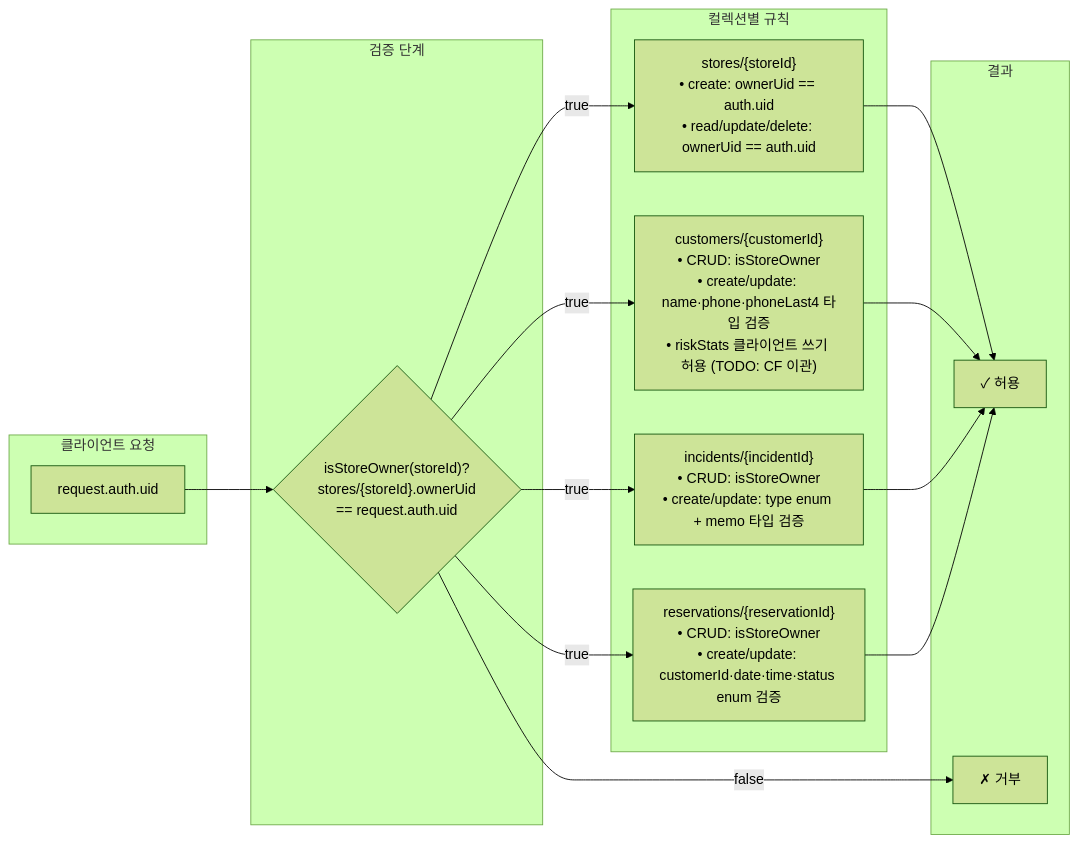
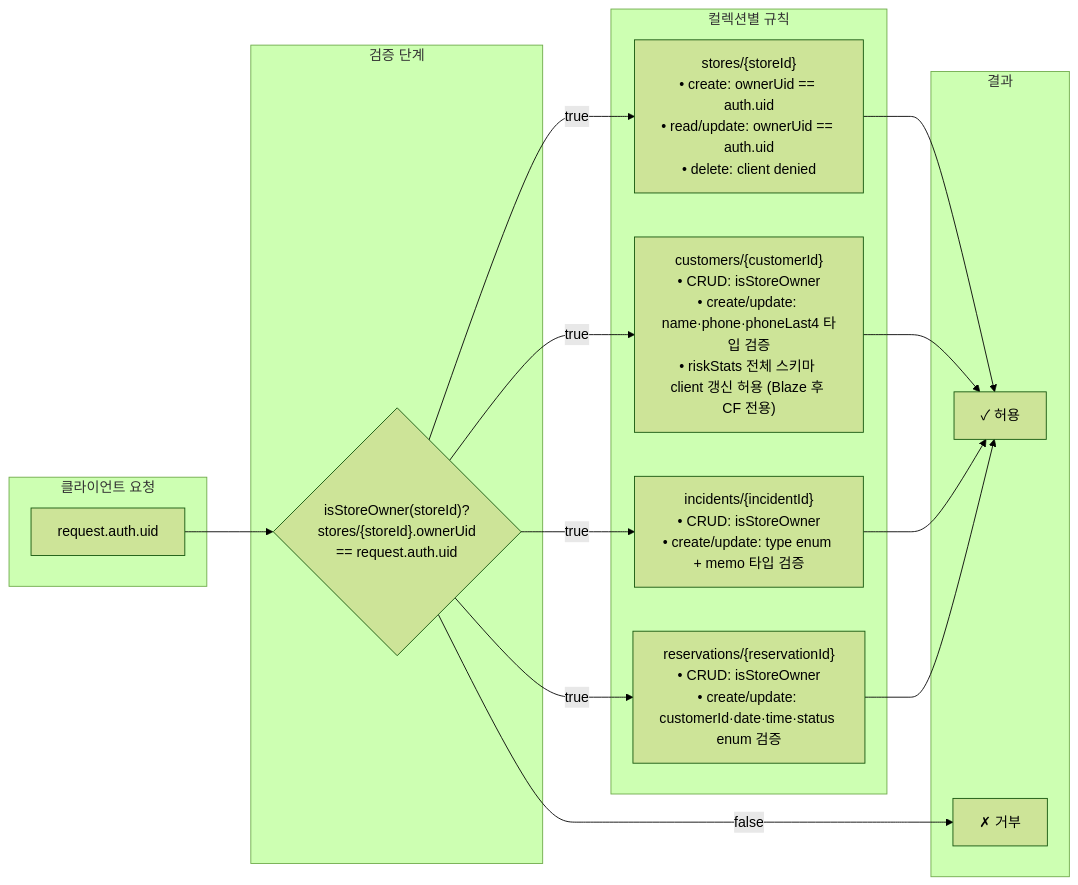
The second of 2 diagrams in apps/showup/docs/architecture.md (Mureung1/hub-showcase), drawn with Mermaid (forest theme) before and after one commit. The commit also changed other lines of this file and 69 other files, not shown here.

````diff
--- a/apps/showup/docs/architecture.md
+++ b/apps/showup/docs/architecture.md
@@ -243,33 +244,33 @@
 ```mermaid
 flowchart LR
     subgraph Request["클라이언트 요청"]
         AUTH_UID["request.auth.uid"]
     end
 
     subgraph Verification["검증 단계"]
         IS_OWNER{"isStoreOwner(storeId)?\nstores/{storeId}.ownerUid\n== request.auth.uid"}
     end
 
     subgraph Collections["컬렉션별 규칙"]
-        R_STORE["stores/{storeId}\n• create: ownerUid == auth.uid\n• read/update/delete: ownerUid == auth.uid"]
-        R_CUST["customers/{customerId}\n• CRUD: isStoreOwner\n• create/update: name·phone·phoneLast4 타입 검증\n• riskStats 클라이언트 쓰기 허용 (TODO: CF 이관)"]
+        R_STORE["stores/{storeId}\n• create: ownerUid == auth.uid\n• read/update: ownerUid == auth.uid\n• delete: client denied"]
+        R_CUST["customers/{customerId}\n• CRUD: isStoreOwner\n• create/update: name·phone·phoneLast4 타입 검증\n• riskStats 전체 스키마 client 갱신 허용 (Blaze 후 CF 전용)"]
         R_INC["incidents/{incidentId}\n• CRUD: isStoreOwner\n• create/update: type enum + memo 타입 검증"]
         R_RES["reservations/{reservationId}\n• CRUD: isStoreOwner\n• create/update: customerId·date·time·status enum 검증"]
     end
 
     subgraph Decision["결과"]
         ALLOW["✓ 허용"]
         DENY["✗ 거부"]
     end
 
     AUTH_UID --> IS_OWNER
     IS_OWNER -->|"true"| R_STORE
     IS_OWNER -->|"true"| R_CUST
     IS_OWNER -->|"true"| R_INC
     IS_OWNER -->|"true"| R_RES
     IS_OWNER -->|"false"| DENY
     R_STORE --> ALLOW
     R_CUST --> ALLOW
     R_INC --> ALLOW
     R_RES --> ALLOW
 ```
````
